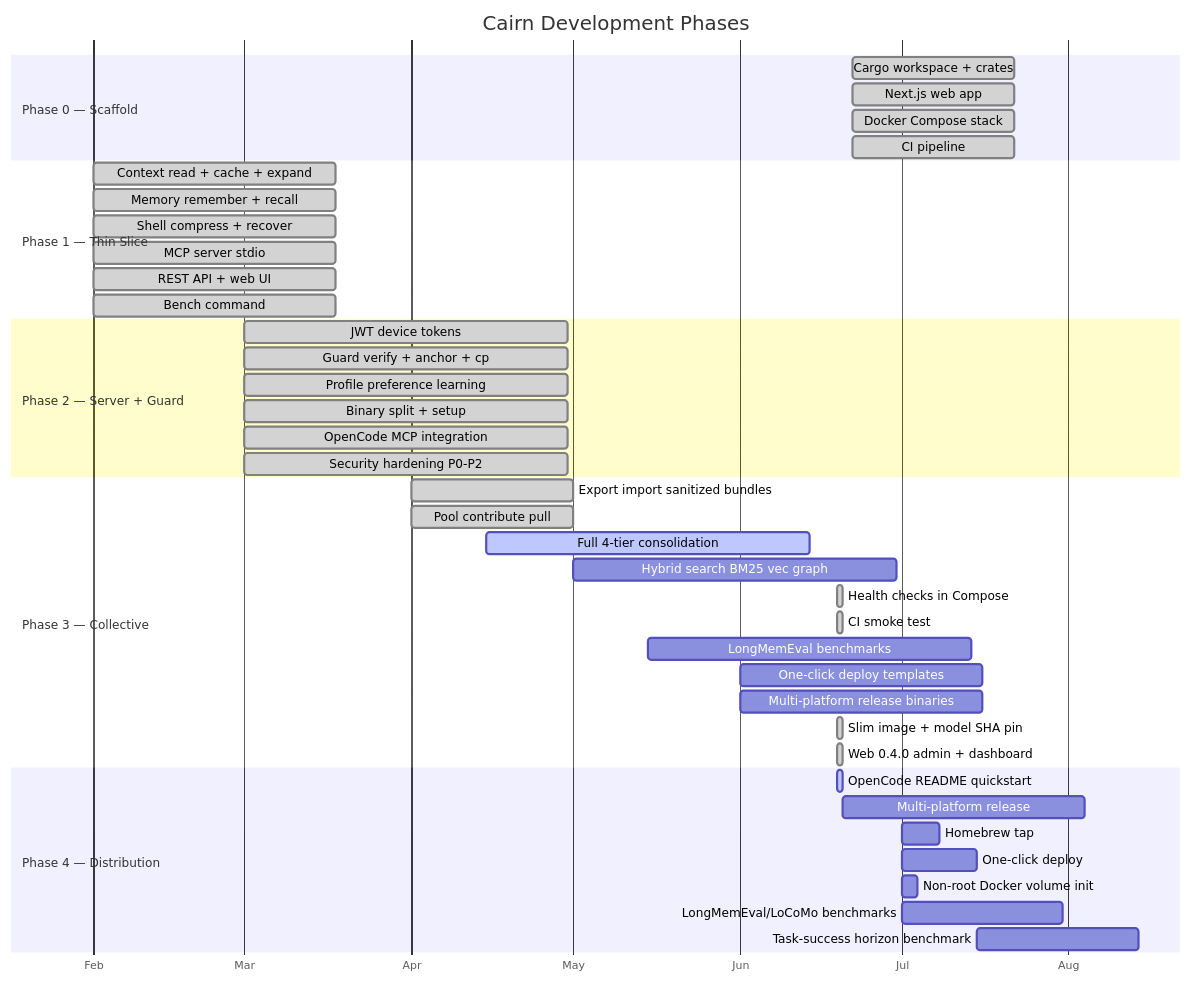
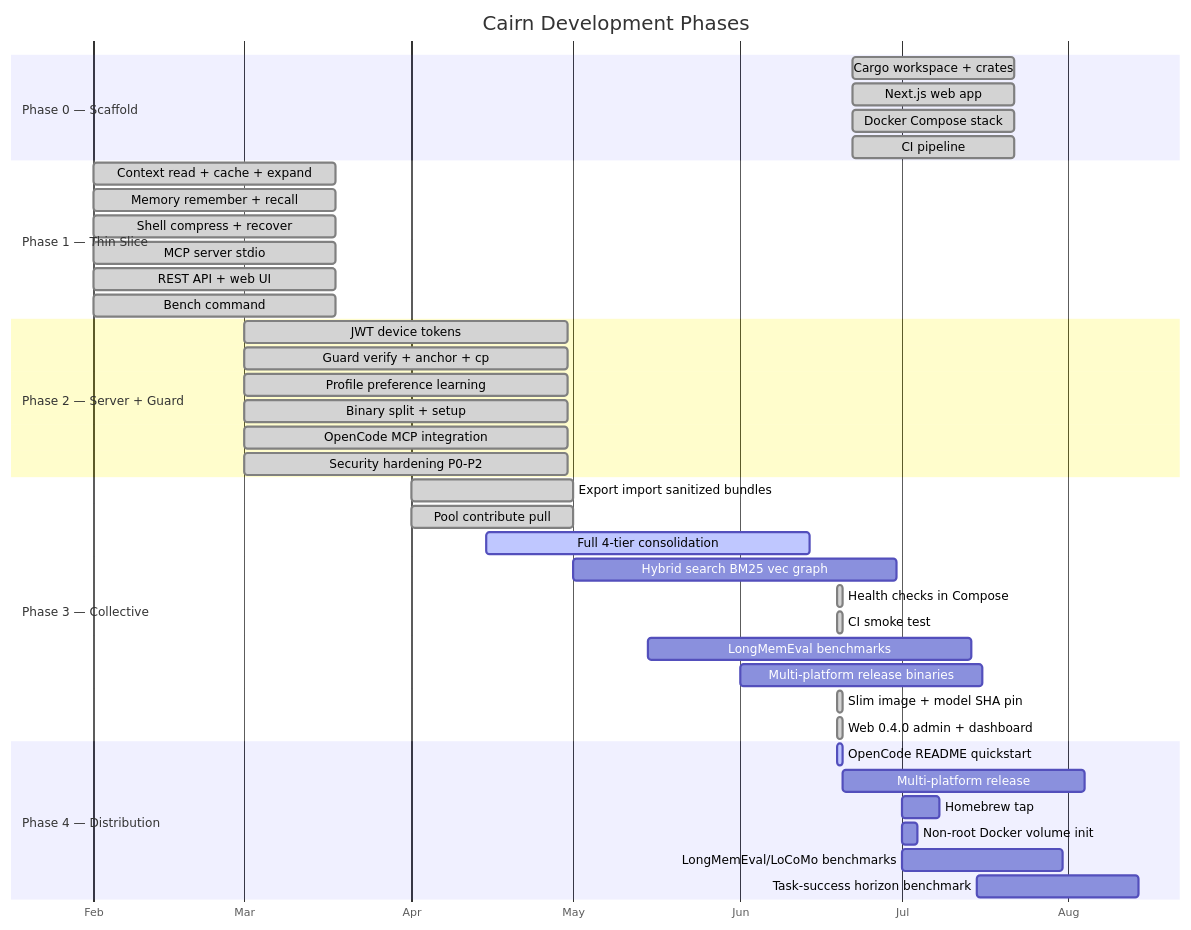
Before and after one commit to Vellixia/Cairn: the diagram in docs/ROADMAP.md, drawn with Mermaid. The commit also changed other lines of this file and 65 other files, not shown here.

````diff
--- a/docs/ROADMAP.md
+++ b/docs/ROADMAP.md
@@ -5,50 +5,48 @@
 ```mermaid
 gantt
     title Cairn Development Phases
     dateFormat 2026-01-01
     axisFormat %b
 
     section Phase 0 — Scaffold
     Cargo workspace + crates       :done, p0a, 2026-01-01, 30d
     Next.js web app                :done, p0b, 2026-01-01, 30d
     Docker Compose stack           :done, p0c, 2026-01-01, 30d
     CI pipeline                    :done, p0d, 2026-01-01, 30d
 
     section Phase 1 — Thin Slice
     Context read + cache + expand  :done, p1a, 2026-02-01, 45d
     Memory remember + recall       :done, p1b, 2026-02-01, 45d
     Shell compress + recover       :done, p1c, 2026-02-01, 45d
     MCP server stdio               :done, p1d, 2026-02-01, 45d
     REST API + web UI              :done, p1e, 2026-02-01, 45d
     Bench command                  :done, p1f, 2026-02-01, 45d
 
     section Phase 2 — Server + Guard
     JWT device tokens              :done, p2a, 2026-03-01, 60d
     Guard verify + anchor + cp     :done, p2b, 2026-03-01, 60d
     Profile preference learning    :done, p2c, 2026-03-01, 60d
     Binary split + setup           :done, p2d, 2026-03-01, 60d
     OpenCode MCP integration       :done, p2e, 2026-03-01, 60d
     Security hardening P0-P2       :done, p2f, 2026-03-01, 60d
 
     section Phase 3 — Collective
     Export import sanitized bundles :done, p3a, 2026-04-01, 30d
     Pool contribute pull           :done, p3b, 2026-04-01, 30d
     Full 4-tier consolidation      :active, p3c, 2026-04-15, 60d
     Hybrid search BM25 vec graph   :p3d, 2026-05-01, 60d
     Health checks in Compose       :done, p3e, 2026-06-19, 1d
     CI smoke test                  :done, p3f, 2026-06-19, 1d
     LongMemEval benchmarks         :p3g, 2026-05-15, 60d
-    One-click deploy templates     :p3h, 2026-06-01, 45d
     Multi-platform release binaries :p3i, 2026-06-01, 45d
     Slim image + model SHA pin     :done, p3j, 2026-06-19, 1d
     Web 0.4.0 admin + dashboard    :done, p3k, 2026-06-19, 1d
 
     section Phase 4 — Distribution
     OpenCode README quickstart     :active, p4a, 2026-06-19, 1d
     Multi-platform release         :p4b, 2026-06-20, 45d
     Homebrew tap                   :p4c, 2026-07-01, 7d
-    One-click deploy               :p4d, 2026-07-01, 14d
     Non-root Docker volume init    :p4e, 2026-07-01, 3d
     LongMemEval/LoCoMo benchmarks  :p4f, 2026-07-01, 30d
     Task-success horizon benchmark :p4g, 2026-07-15, 30d
 ```
````
